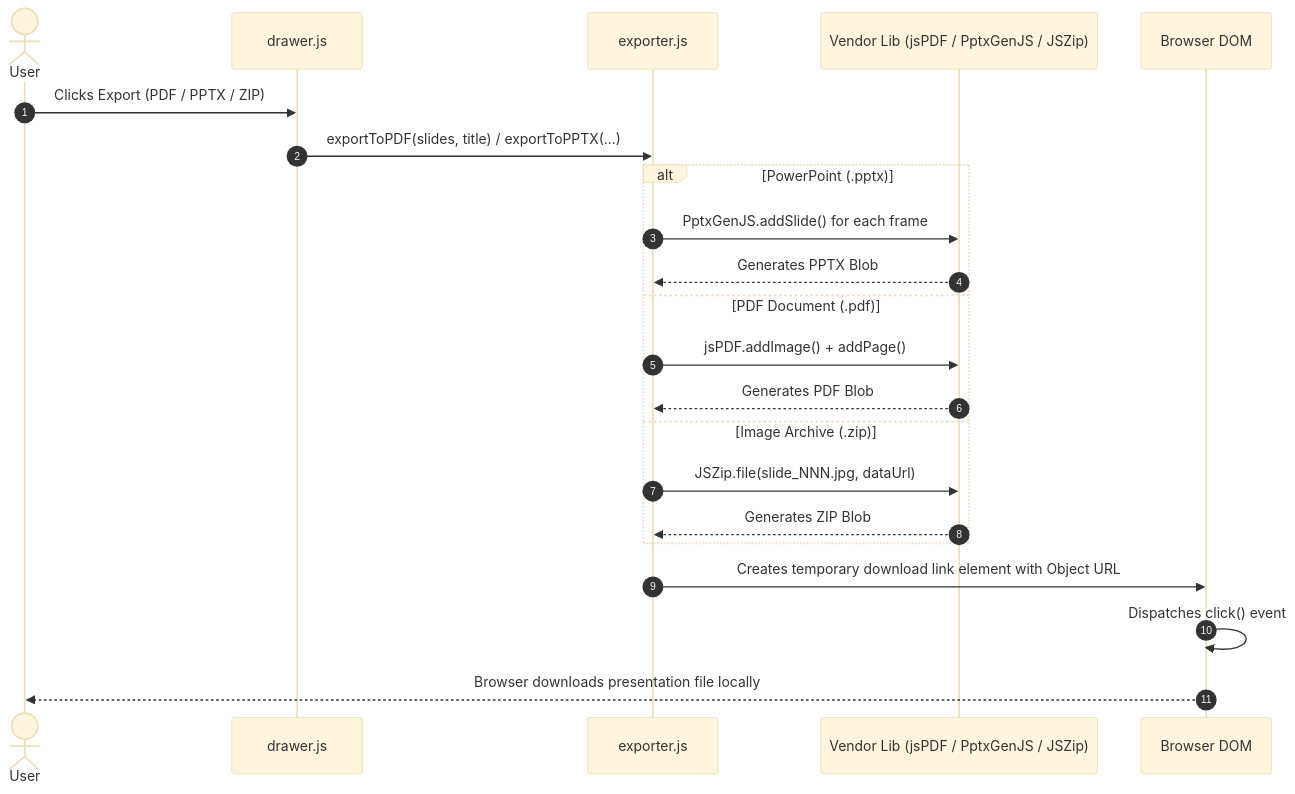
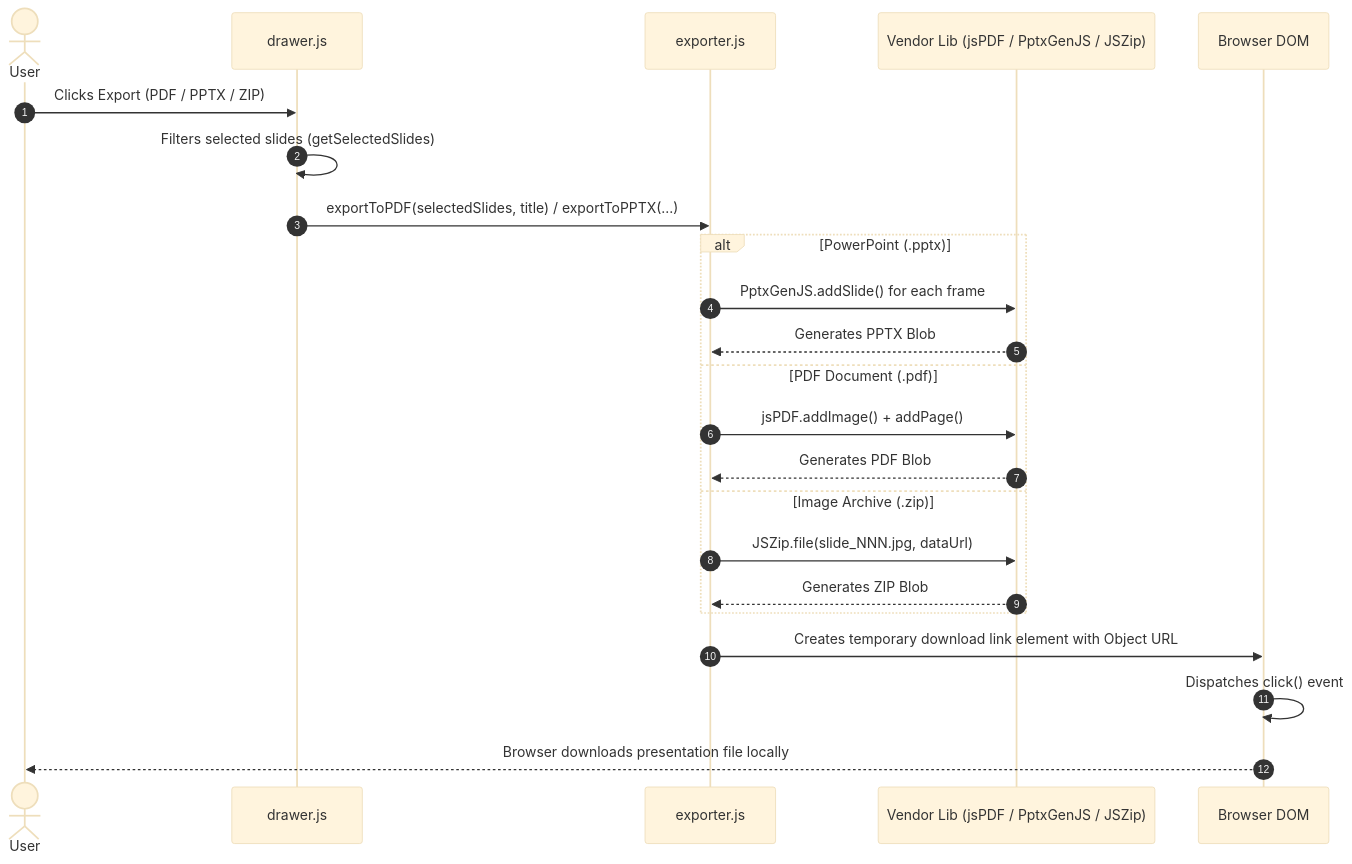
The fifth of 5 diagrams in ARCHITECTURE.md (ashmitiscool/yt-to-pdf), drawn with Mermaid (base theme) before and after one commit. The commit also changed other lines of this file and 6 other files, not shown here.

````diff
--- a/ARCHITECTURE.md
+++ b/ARCHITECTURE.md
@@ -309,27 +311,28 @@
 ```mermaid
 sequenceDiagram
     autonumber
     actor User
     participant DRW as drawer.js
     participant EXP as exporter.js
     participant VEND as Vendor Lib (jsPDF / PptxGenJS / JSZip)
     participant DOM as Browser DOM
 
     User->>DRW: Clicks Export (PDF / PPTX / ZIP)
-    DRW->>EXP: exportToPDF(slides, title) / exportToPPTX(...)
+    DRW->>DRW: Filters selected slides (getSelectedSlides)
+    DRW->>EXP: exportToPDF(selectedSlides, title) / exportToPPTX(...)
     
     alt PowerPoint (.pptx)
         EXP->>VEND: PptxGenJS.addSlide() for each frame
         VEND-->>EXP: Generates PPTX Blob
     else PDF Document (.pdf)
         EXP->>VEND: jsPDF.addImage() + addPage()
         VEND-->>EXP: Generates PDF Blob
     else Image Archive (.zip)
         EXP->>VEND: JSZip.file(slide_NNN.jpg, dataUrl)
         VEND-->>EXP: Generates ZIP Blob
     end
 
     EXP->>DOM: Creates temporary download link element with Object URL
     DOM->>DOM: Dispatches click() event
     DOM-->>User: Browser downloads presentation file locally
 ```
````
